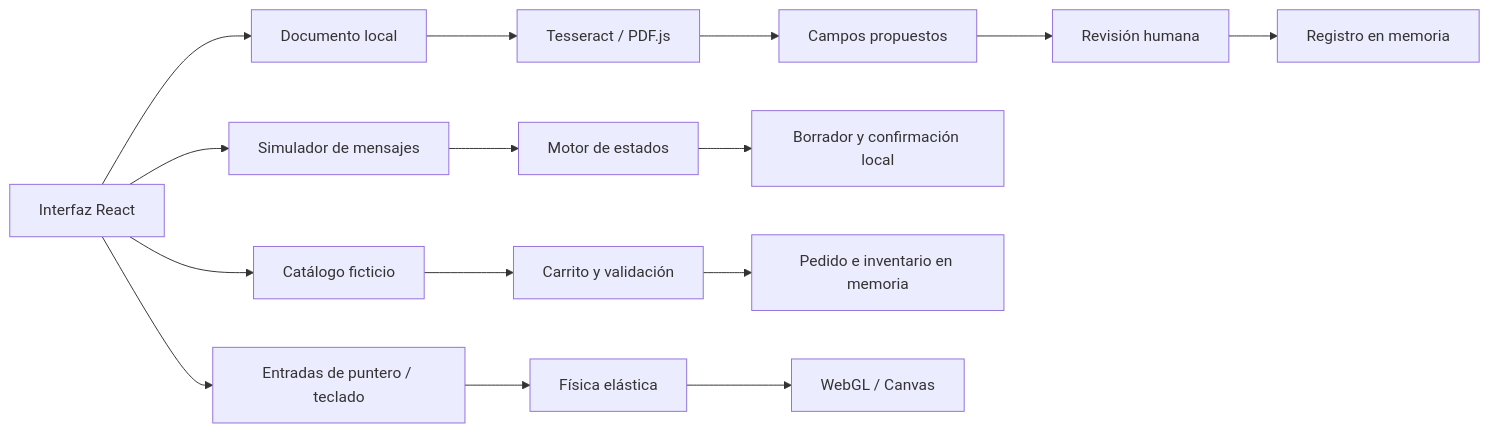
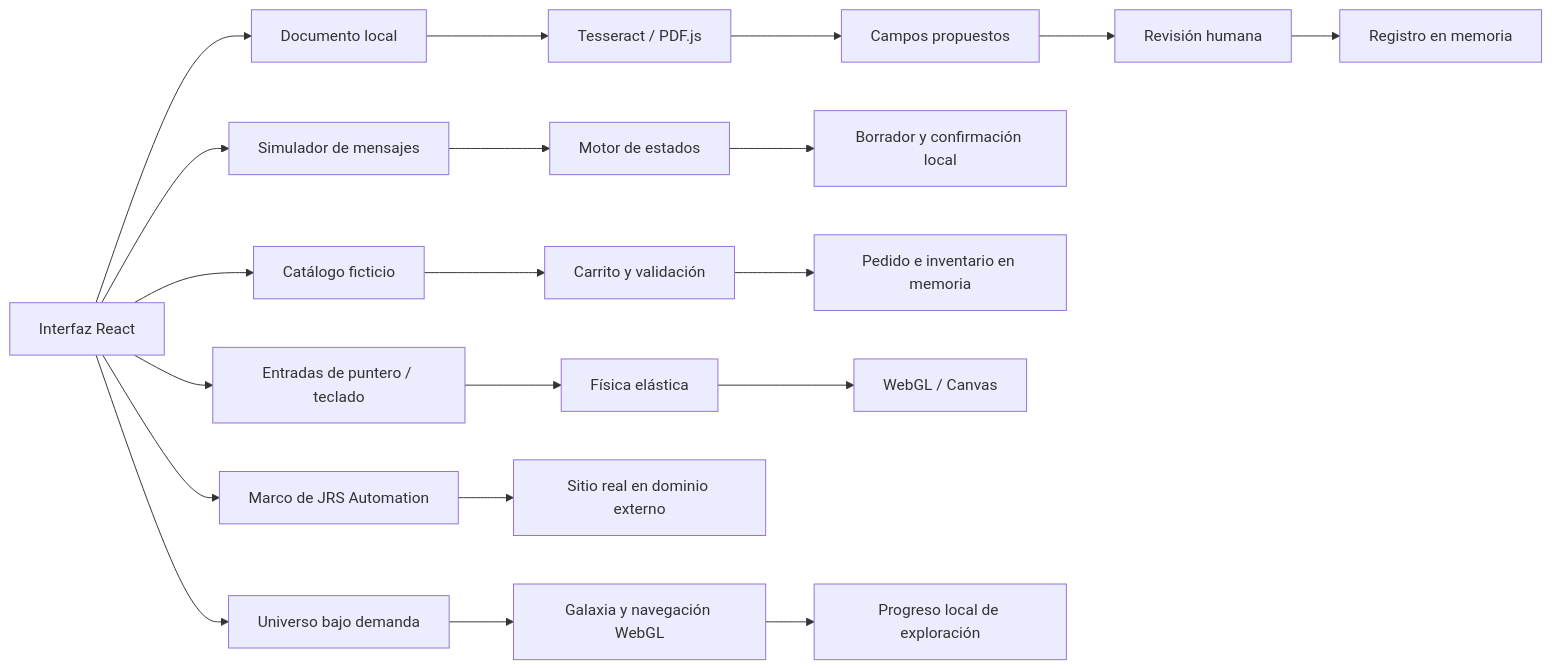
One commit to Jose-Vil/portfolio-software-demos changed the diagram in docs/ARCHITECTURE.md. Above: the diagram before and after it, drawn with Mermaid. The commit also changed other lines of this file and 18 other files, not shown here.

````diff
--- a/docs/ARCHITECTURE.md
+++ b/docs/ARCHITECTURE.md
@@ -5,17 +5,22 @@
 ```mermaid
 flowchart LR
     A[Interfaz React] --> B[Documento local]
     B --> C[Tesseract / PDF.js]
     C --> D[Campos propuestos]
     D --> E[Revisión humana]
     E --> F[Registro en memoria]
     A --> G[Simulador de mensajes]
     G --> H[Motor de estados]
     H --> I[Borrador y confirmación local]
     A --> J[Catálogo ficticio]
     J --> K[Carrito y validación]
     K --> L[Pedido e inventario en memoria]
     A --> M[Entradas de puntero / teclado]
     M --> N[Física elástica]
     N --> O[WebGL / Canvas]
+    A --> P[Marco de JRS Automation]
+    P --> Q[Sitio real en dominio externo]
+    A --> R[Universo bajo demanda]
+    R --> S[Galaxia y navegación WebGL]
+    S --> T[Progreso local de exploración]
 ```
````
